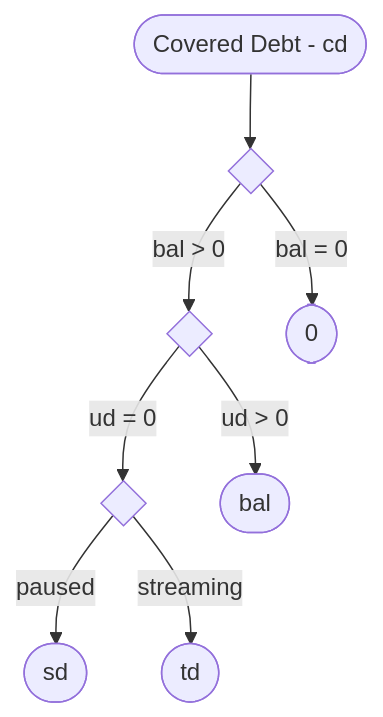
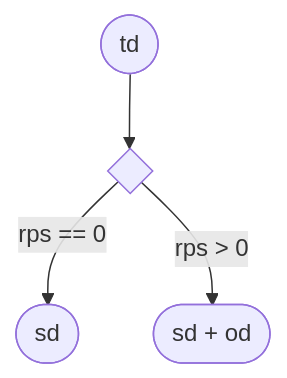
Before and after one commit to sablier-labs/docs: the eighth of 9 diagrams in docs/reference/flow/01-diagrams.md, drawn with Mermaid. The commit also changed other lines of this file and 7 other files, not shown here.

First line of the commit message:
feat: sequence diagrams (#200)

````diff
--- a/docs/reference/flow/01-diagrams.md
+++ b/docs/reference/flow/01-diagrams.md
@@ -84,20 +147,11 @@
 ```mermaid
 flowchart TD
-    di0{ }:::blue0
-    di1{ }:::blue0
-    di2{ }:::blue0
-    cd([Covered Debt - cd])
-    res_0([0 ])
-    res_bal([bal])
-    res_sd([sd])
-    res_sum([td])
+rca([td])
+di0{ }
+res_00([sd ])
+res_01(["sd + od"])
 
-
-    cd --> di0
-    di0 -- "bal = 0" --> res_0
-    di0 -- "bal > 0" --> di1
-    di1 -- "ud > 0" --> res_bal
-    di1 -- "ud = 0" --> di2
-    di2 -- "paused" --> res_sd
-    di2 -- "streaming" --> res_sum
+rca --> di0
+di0 -- "rps == 0" --> res_00
+di0 -- "rps > 0" --> res_01
 ```
````
